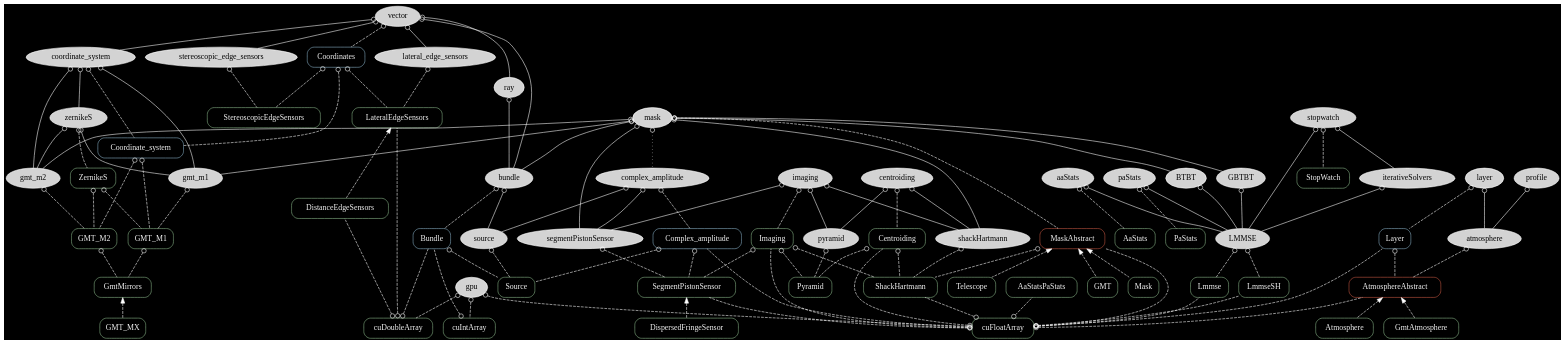
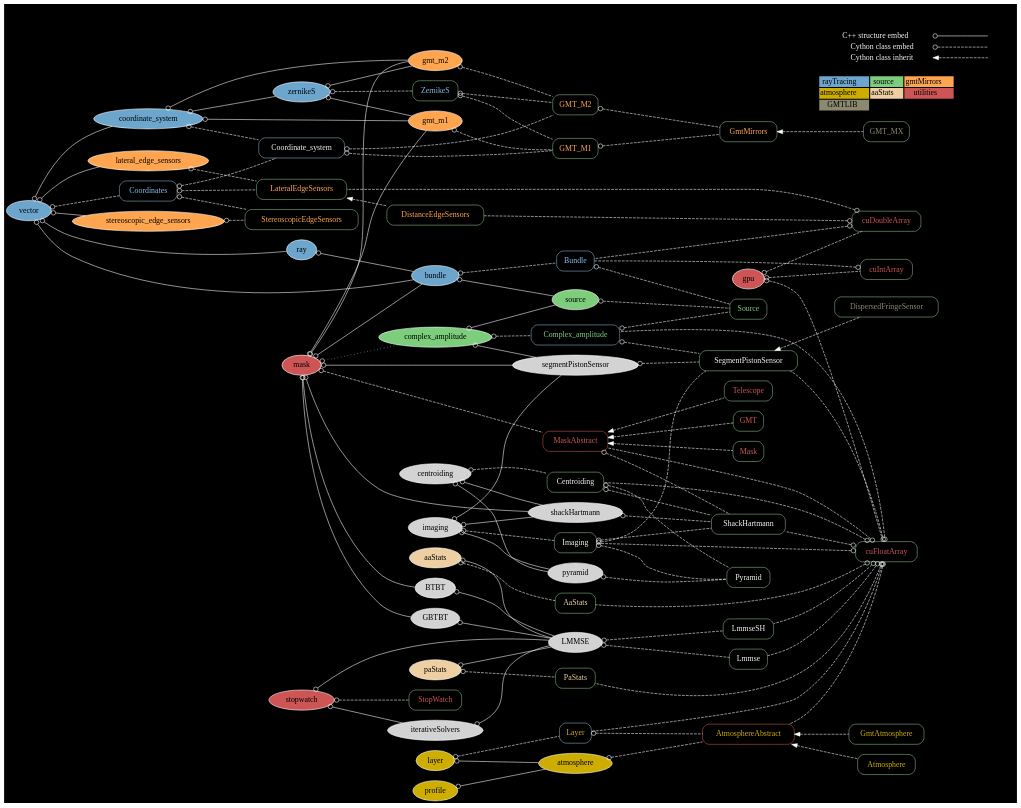
Before and after one commit to rconan/CEO: the diagram in graph/ceo.dot, drawn with Graphviz.

Commit message:
COLOR CODED MODULES IN THE DOT GRAPH OF CEO

```diff
--- a/graph/ceo.dot
+++ b/graph/ceo.dot
@@ -4,6 +4,49 @@
 bgcolor = black
 node[style=filled,fillcolor=lightgray,color=white];
 edge[arrowtail=odot,dir=back,color=white];
+
+{
+node[fillcolor=skyblue3]
+vector;
+zernikeS;
+ray;
+bundle;
+coordinate_system;
+}
+
+{
+node[fillcolor=palegreen3]
+source;
+complex_amplitude;
+}
+
+{
+node[fillcolor=tan1]
+gmt_m1;
+gmt_m2;
+stereoscopic_edge_sensors;
+lateral_edge_sensors;
+}
+
+{
+node[fillcolor=gold3]
+atmosphere;
+layer;
+profile;
+}
+
+{
+node[fillcolor=navajowhite2]
+aaStats;
+paStats;
+}
+
+{
+node[fillcolor=indianred3];
+mask;
+stopwatch;
+gpu;
+}
 
 centroiding -> shackHartmann;
 centroiding -> pyramid;
@@ -37,6 +80,61 @@
 
 node[color=darkseagreen,style=rounded,shape=box,fontcolor=whitesmoke];
 edge[style=dashed,color=white]
+
+{
+node[fontcolor=indianred3];
+MaskAbstract;
+Mask;
+Telescope;
+GMT;
+StopWatch;
+cuIntArray;
+cuFloatArray;
+cuDoubleArray;
+}
+
+{
+node[fontcolor=skyblue2]
+ZernikeS;
+Bundle;
+Coordinates;
+}
+
+{
+node[fontcolor=palegreen3]
+Source;
+Complex_amplitude;
+}
+
+{
+node[fontcolor=tan1]
+GmtMirrors;
+GMT_M1;
+GMT_M2;
+StereoscopicEdgeSensors;
+LateralEdgeSensors;
+DistanceEdgeSensors;
+}
+
+{
+node[fontcolor=gold3]
+AtmosphereAbstract;
+Atmosphere;
+GmtAtmosphere;
+Layer;
+}
+
+{
+node[fontcolor=navajowhite2]
+AaStats;
+PaStats;
+}
+
+{
+node[fontcolor=lemonchiffon4]
+GMT_MX;
+DispersedFringeSensor;
+}
 
 aaStats -> AaStats;
 paStats -> PaStats;
@@ -101,7 +199,7 @@
 
 gpu -> {cuFloatArray;cuIntArray;cuDoubleArray;}
 LMMSE -> {Lmmse;LmmseSH;}
-cuFloatArray -> {Imaging;Centroiding;Complex_amplitude;ShackHartmann;SegmentPistonSensor;Layer;MaskAbstract;Lmmse;LmmseSH;AtmosphereAbstract;AaStatsPaStats;}
+cuFloatArray -> {Imaging;Centroiding;Complex_amplitude;ShackHartmann;SegmentPistonSensor;Layer;MaskAbstract;Lmmse;LmmseSH;AtmosphereAbstract;AaStats;PaStats;}
 
 edge[dir=back,arrowtail=normal];
 
@@ -122,4 +220,40 @@
 #{rank=same; stopwatch; StopWatch;}
 {rank = same; cuFloatArray; cuDoubleArray; cuIntArray}
 {rank = sink; cuFloatArray}
+
+  rankdir=LR
+  node [shape=plaintext]
+  subgraph cluster_01 { 
+    label = "Legend";
+    key [label=<<table border="0" cellpadding="2" cellspacing="0" cellborder="0">
+      <tr><td align="right" port="i1">C++ structure embed</td></tr>
+      <tr><td align="right" port="i2">Cython class embed</td></tr>
+      <tr><td align="right" port="i3">Cython class inherit</td></tr>
+      </table>>]
+    key2 [label=<<table border="0" cellpadding="2" cellspacing="0" cellborder="0">
+      <tr><td port="i1">&nbsp;</td></tr>
+      <tr><td port="i2">&nbsp;</td></tr>
+      <tr><td port="i3">&nbsp;</td></tr>
+      </table>>]
+    key:i1:e -> key2:i1:w [style=solid,arrowtail=odot]
+    key:i2:e -> key2:i2:w [style=dashed,arrowtail=odot]
+    key:i3:e -> key2:i3:w [style=dashed]
+    abc [shape=none,margin=0,label=<
+    <table border="0">
+    <tr>
+    <td bgcolor="skyblue3"><font color="black">rayTracing</font></td>
+    <td bgcolor="palegreen3"><font color="black">source</font></td>
+    <td bgcolor="tan1"><font color="black">gmtMirrors</font></td>
+    </tr>
+    <tr>
+    <td bgcolor="gold3"><font color="black">atmosphere</font></td>
+    <td bgcolor="navajowhite2"><font color="black">aaStats</font></td>
+    <td bgcolor="indianred3"><font color="black">utilities</font></td>
+    </tr>
+    <tr>
+    <td bgcolor="lemonchiffon4"><font color="black">GMTLIB</font></td>
+    </tr>
+    </table>
+    >]   
+  }
 }
```
